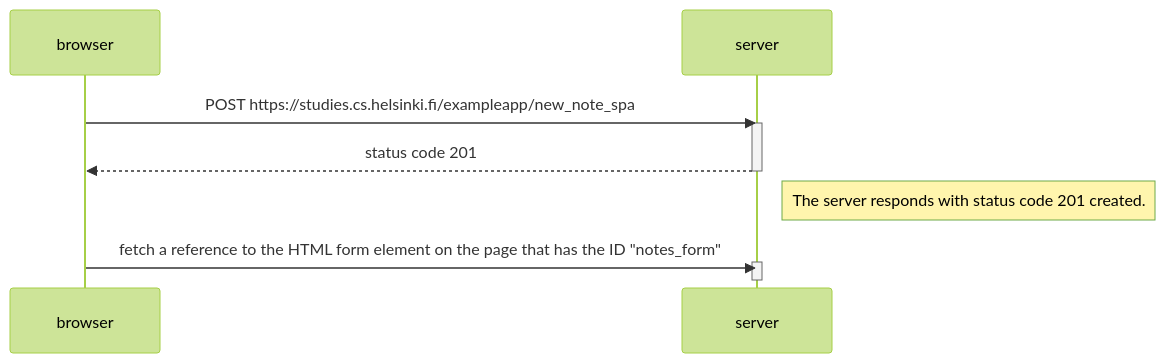
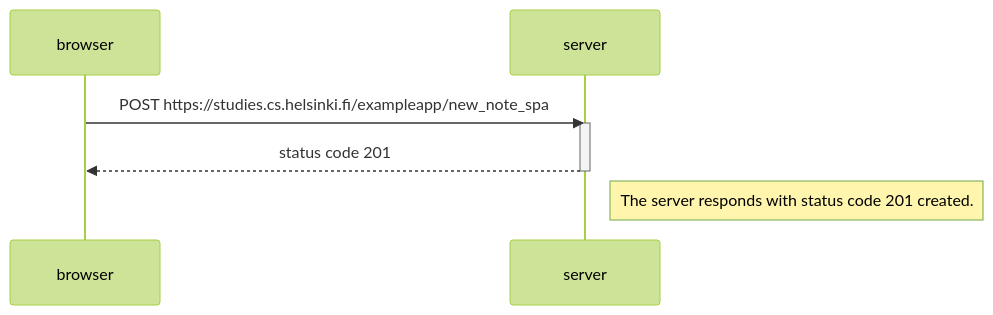
Before and after one commit to han-le11/fullstack-projects: the diagram in part0/0.6.md, drawn with Mermaid (forest theme).

Commit message:
fix diagram 0.6

````diff
--- a/part0/0.6.md
+++ b/part0/0.6.md
@@ -1,16 +1,12 @@
 ```mermaid
 sequenceDiagram
     participant browser
     participant server
 
     browser->>server: POST https://studies.cs.helsinki.fi/exampleapp/new_note_spa
     activate server
     server-->>browser: status code 201 
     deactivate server
     Note right of server: The server responds with status code 201 created. 
 
-    browser->>server: fetch a reference to the HTML form element on the page that has the ID "notes_form"
-    activate server
-    deactivate server
-
 ```
````
